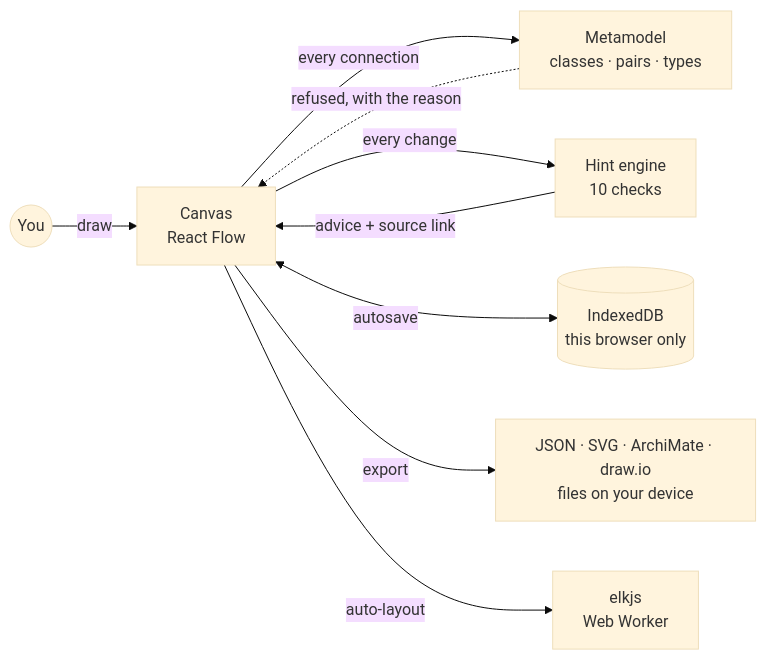
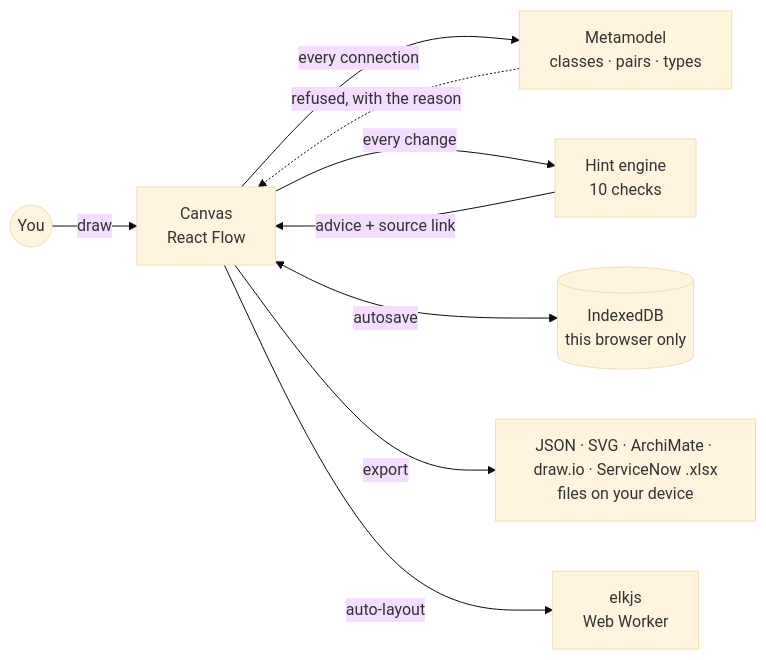
The diagram in README.md (solventarchitect/blueprint-modeler), drawn with Mermaid (base theme) before and after one commit. The commit also changed other lines of this file and 28 other files, not shown here.

First line of the commit message:
feat(M19-M21): focus and hover, descriptions, ServiceNow export, two examples

````diff
--- a/README.md
+++ b/README.md
@@ -55,11 +56,11 @@
 ```mermaid
 flowchart LR
   you(("You")) -->|draw| canvas["Canvas<br/>React Flow"]
   canvas -->|every connection| meta["Metamodel<br/>classes · pairs · types"]
   meta -.->|refused, with the reason| canvas
   canvas -->|every change| hints["Hint engine<br/>10 checks"]
   hints -->|advice + source link| canvas
   canvas <-->|autosave| idb[("IndexedDB<br/>this browser only")]
-  canvas -->|export| files["JSON · SVG · ArchiMate · draw.io<br/>files on your device"]
+  canvas -->|export| files["JSON · SVG · ArchiMate · draw.io · ServiceNow .xlsx<br/>files on your device"]
   canvas -->|auto-layout| worker["elkjs<br/>Web Worker"]
 ```
````
